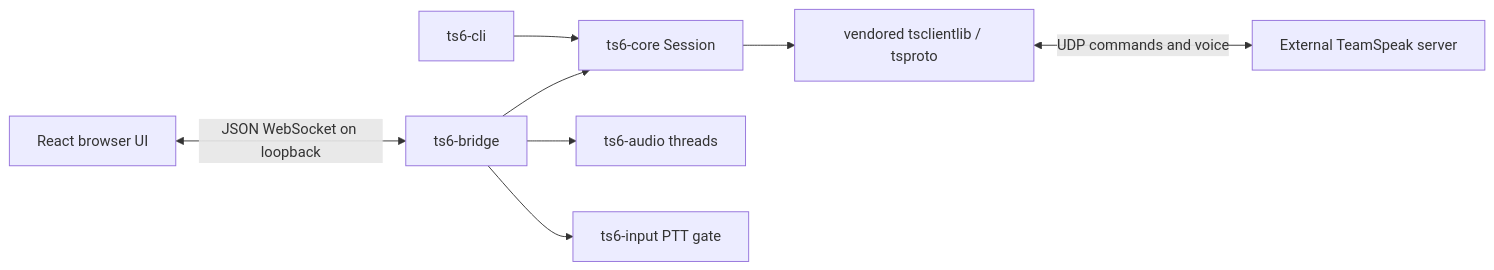
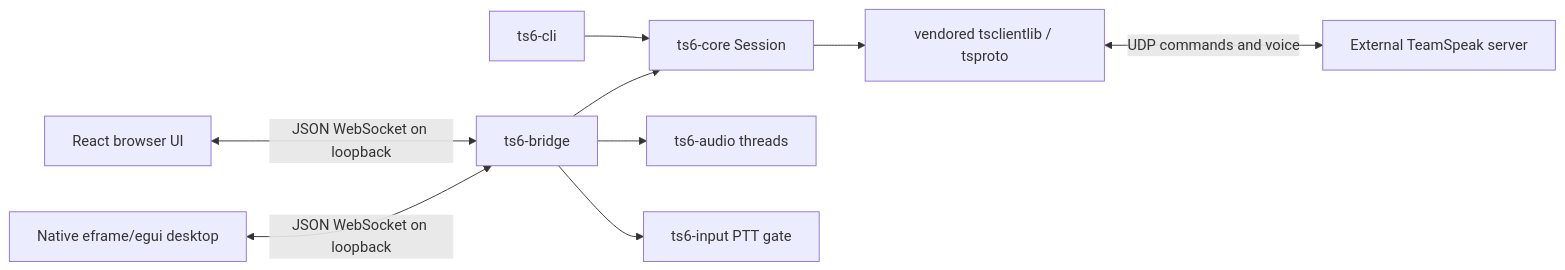
One commit to blockdev2/Mirage-Private changed the diagram in docs/architecture.md. Above: the diagram before and after it, drawn with Mermaid. The commit also changed other lines of this file and 32 other files, not shown here.

````diff
--- a/docs/architecture.md
+++ b/docs/architecture.md
@@ -7,10 +7,11 @@
 ```mermaid
 flowchart LR
-    UI[React browser UI] <-->|JSON WebSocket on loopback| Bridge[ts6-bridge]
+    Desktop[Native eframe/egui desktop] <-->|JSON WebSocket on loopback| Bridge[ts6-bridge]
+    Browser[React browser UI] <-->|JSON WebSocket on loopback| Bridge
     Bridge --> Core[ts6-core Session]
     CLI[ts6-cli] --> Core
     Bridge --> Audio[ts6-audio threads]
     Bridge --> Input[ts6-input PTT gate]
     Core --> Protocol[vendored tsclientlib / tsproto]
     Protocol <-->|UDP commands and voice| Server[External TeamSpeak server]
 ```
````
